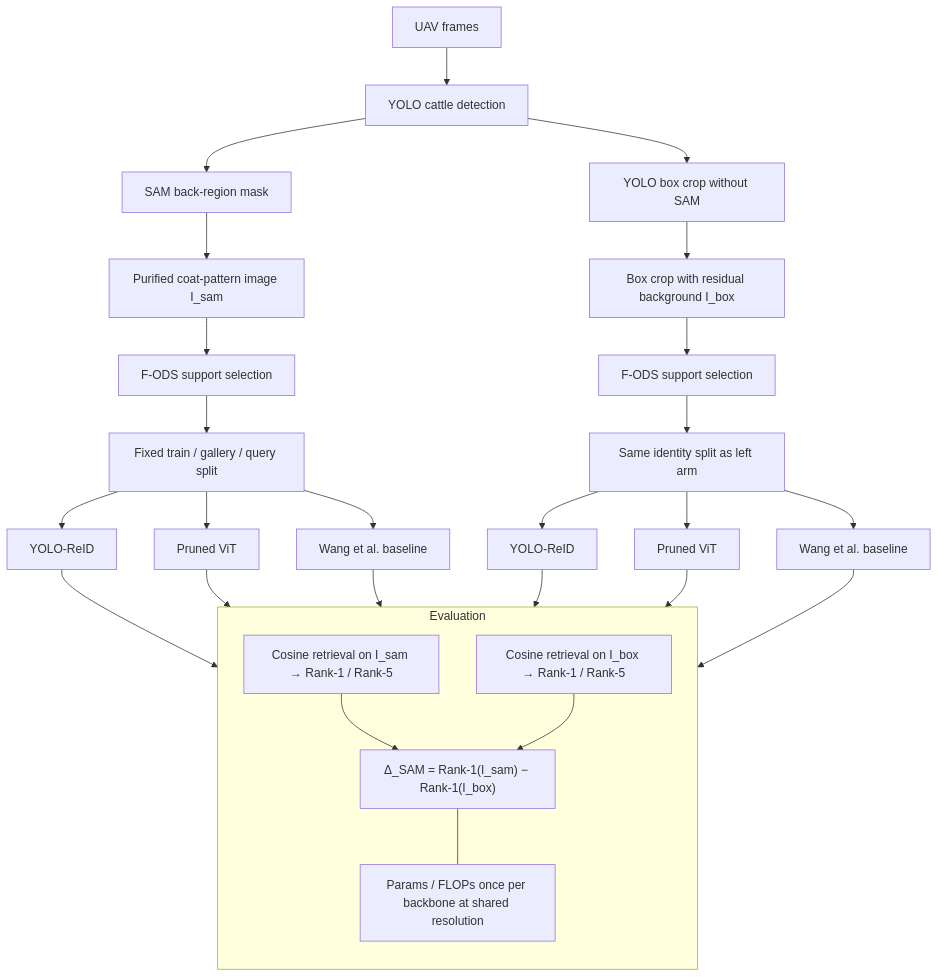
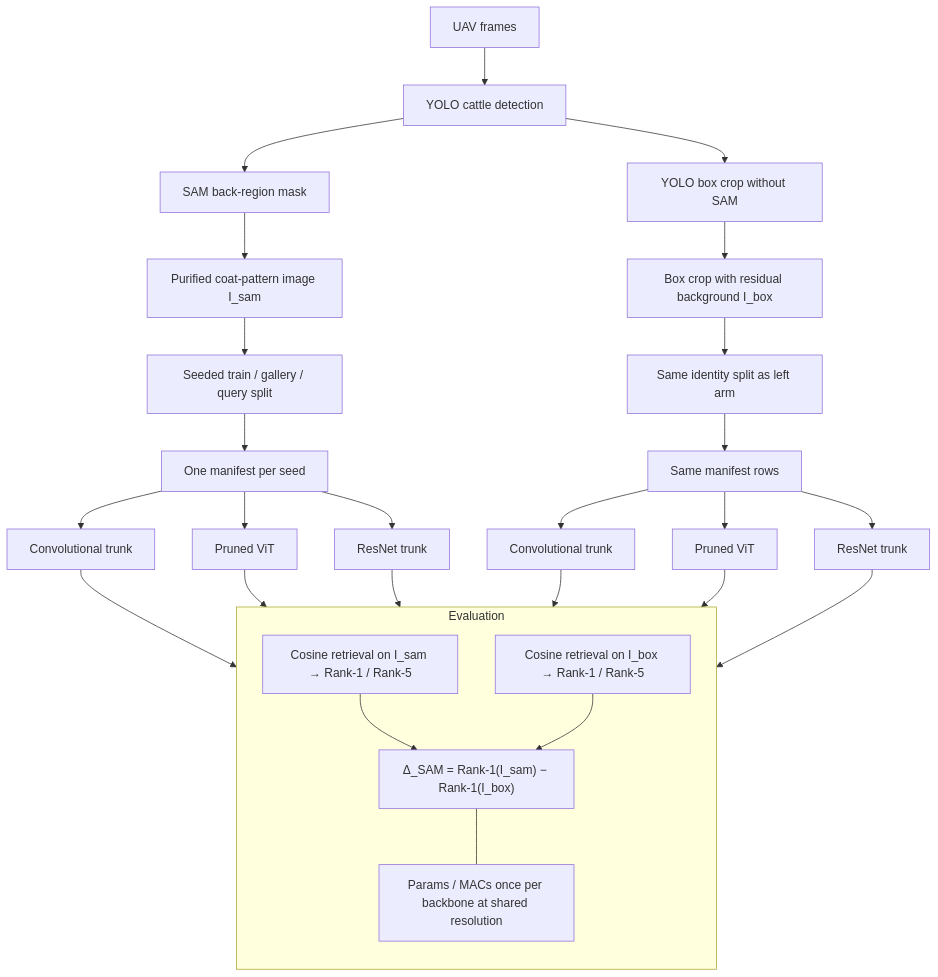
The diagram in README.md (tianyi-star/2d_cattle), drawn with Mermaid before and after one commit. The commit also changed other lines of this file, not shown here.

Commit message:
Bring README in line with the corrected method
Follow-up to the method.tex rewrite: the README still carried the same
overstatements that were removed from method.tex, so the repo would have
contradicted itself.

- Flowchart: removed the F-ODS support-selection nodes (not implemented), and
  relabelled the three branches from YOLO-ReID / Pruned ViT / Wang et al.
  baseline to Convolutional trunk / Pruned ViT / ResNet trunk. The diagram now
  shows the seeded split rather than a 'fixed' split.
- Prose: dropped the sentence claiming F-ODS rebalances the training pool and
  that the split is few-shot; both describe machinery that does not exist.
- Units: floating-point operations (FLOPs) -> multiply-accumulates (MACs) in
  two places, with a note that estimate_flops returns MACs.

README no longer describes any behaviour the code lacks. 45 tests pass.

````diff
--- a/README.md
+++ b/README.md
@@ -16,32 +16,32 @@
 ```mermaid
 flowchart TD
     A[UAV frames] --> B[YOLO cattle detection]
     B --> C[SAM back-region mask]
     B --> N[YOLO box crop without SAM]
     C --> D[Purified coat-pattern image I_sam]
     N --> P[Box crop with residual background I_box]
-    D --> E[F-ODS support selection]
-    P --> Q[F-ODS support selection]
-    E --> F[Fixed train / gallery / query split]
-    Q --> R[Same identity split as left arm]
-    F --> G[YOLO-ReID]
+    D --> E[Seeded train / gallery / query split]
+    P --> Q[Same identity split as left arm]
+    E --> F[One manifest per seed]
+    Q --> R[Same manifest rows]
+    F --> G[Convolutional trunk]
     F --> H[Pruned ViT]
-    F --> I[Wang et al. baseline]
-    R --> G2[YOLO-ReID]
+    F --> I[ResNet trunk]
+    R --> G2[Convolutional trunk]
     R --> H2[Pruned ViT]
-    R --> I2[Wang et al. baseline]
+    R --> I2[ResNet trunk]
 
     subgraph EVAL["Evaluation"]
         direction TB
         J["Cosine retrieval on I_sam → Rank-1 / Rank-5"]
         K["Cosine retrieval on I_box → Rank-1 / Rank-5"]
         L["Δ_SAM = Rank-1(I_sam) − Rank-1(I_box)"]
-        M["Params / FLOPs once per backbone at shared resolution"]
+        M["Params / MACs once per backbone at shared resolution"]
         J --> L
         K --> L
         L --- M
     end
 
     G & H & I --> J
     G2 & H2 & I2 --> K
 ```
````
